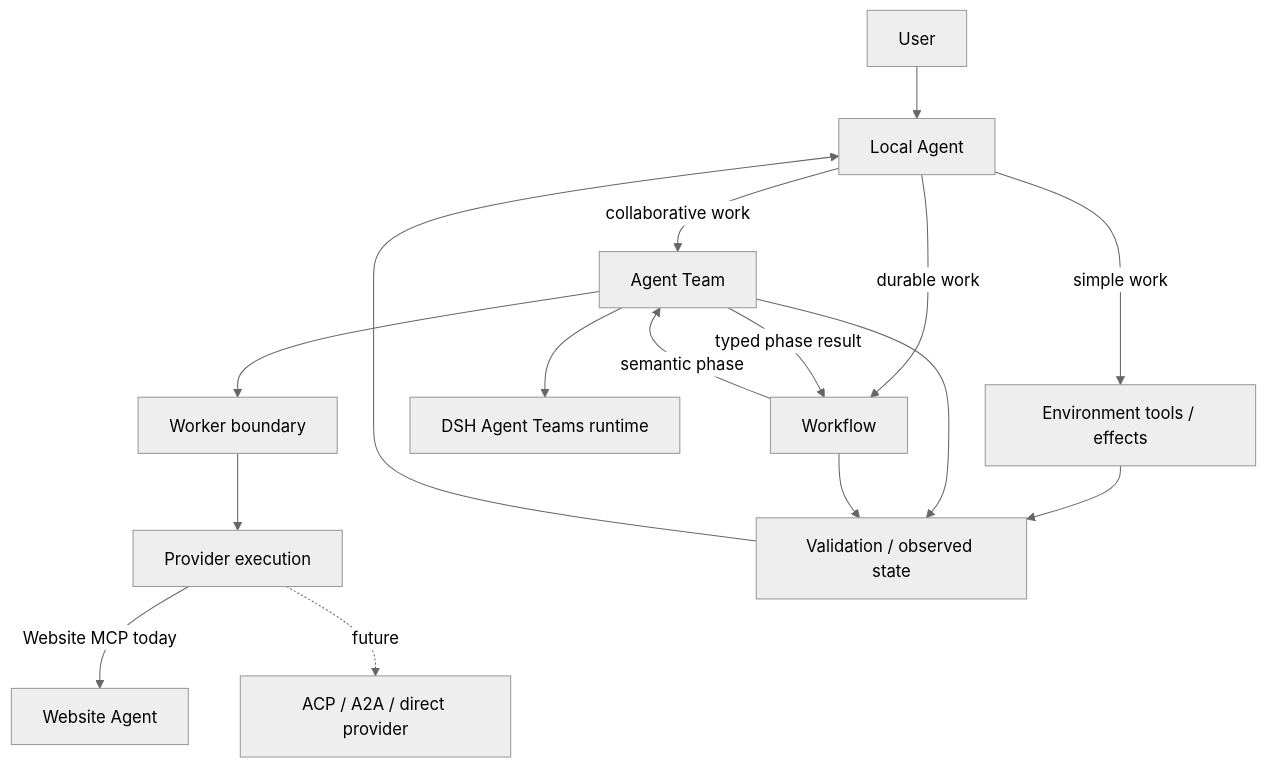
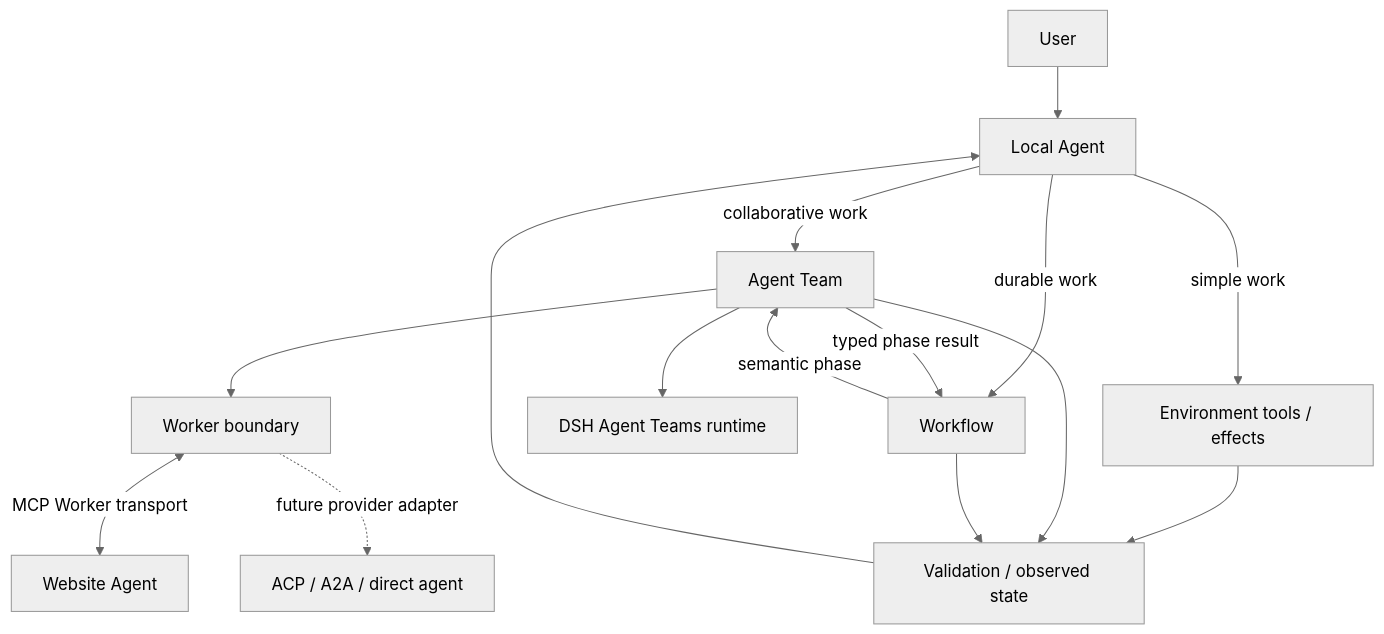
One commit to tsuuanmi/AgentOS changed the first of 6 diagrams in docs/architecture/README.md. Above: the diagram before and after it, drawn with Mermaid (neutral theme). The commit also changed other lines of this file, not shown here.

Commit message:
docs: show Website Agent as architecture component

```diff
--- a/docs/architecture/README.md
+++ b/docs/architecture/README.md
@@ -17,24 +17,23 @@
 ~~~mermaid
 flowchart TB
     U[User] --> L[Local Agent]
 
     L -->|simple work| E[Environment tools / effects]
     L -->|collaborative work| T[Agent Team]
     L -->|durable work| W[Workflow]
 
     W -->|semantic phase| T
     T -->|typed phase result| W
 
     T --> D[DSH Agent Teams runtime]
     T --> WB[Worker boundary]
 
-    WB --> P[Provider execution]
-    P -->|Website MCP today| WA[Website Agent]
-    P -.->|future| AP[ACP / A2A / direct provider]
+    WB <-->|MCP Worker transport| WA[Website Agent]
+    WB -.->|future provider adapter| AP[ACP / A2A / direct agent]
 
     E --> V[Validation / observed state]
     T --> V
     W --> V
 
     V --> L
 ~~~
```
